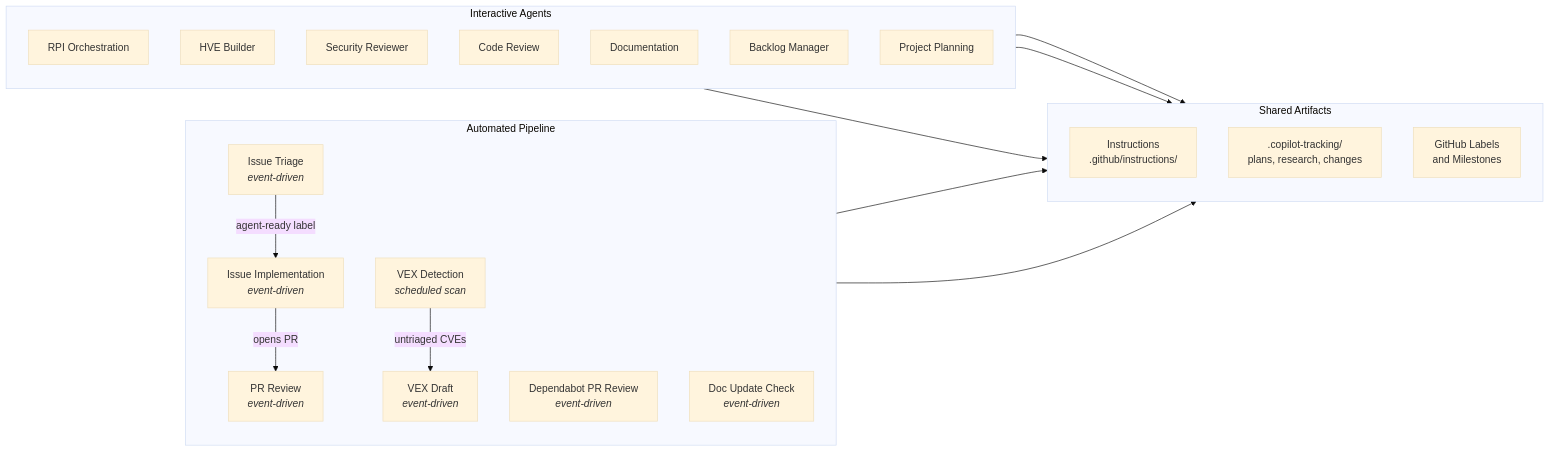
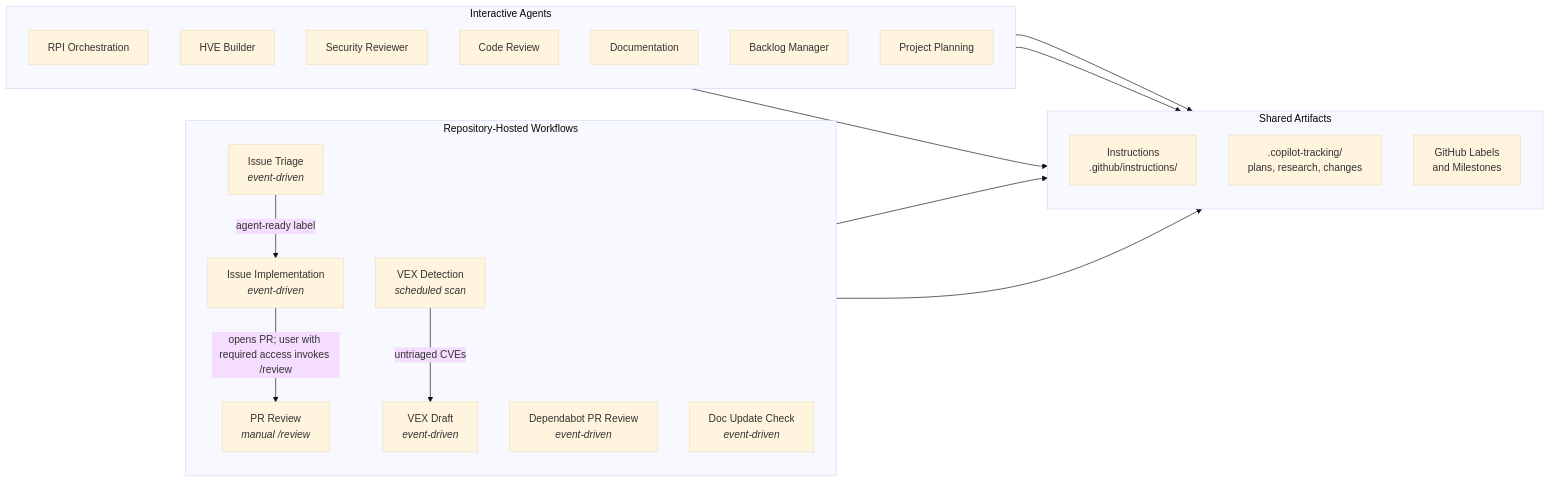
The third of 3 diagrams in docs/architecture/agentic-workflows.md (microsoft/hve-core), drawn with Mermaid (base theme) before and after one commit. The commit also changed other lines of this file, not shown here.

First line of the commit message:
docs(architecture): document manual PR review workflow (#2617)

````diff
--- a/docs/architecture/agentic-workflows.md
+++ b/docs/architecture/agentic-workflows.md
@@ -226,40 +241,40 @@
 ```mermaid
 flowchart LR
-    subgraph AUTOMATED["Automated Pipeline"]
+    subgraph HOSTED["Repository-Hosted Workflows"]
         direction TB
         TRIAGE["Issue Triage<br/><i>event-driven</i>"]
         IMPL["Issue Implementation<br/><i>event-driven</i>"]
-        REVIEW["PR Review<br/><i>event-driven</i>"]
+        REVIEW["PR Review<br/><i>manual /review</i>"]
         DEPEND["Dependabot PR Review<br/><i>event-driven</i>"]
         DOCS["Doc Update Check<br/><i>event-driven</i>"]
         VEX_DETECT["VEX Detection<br/><i>scheduled scan</i>"]
         VEX_DRAFT["VEX Draft<br/><i>event-driven</i>"]
         TRIAGE -- "agent-ready label" --> IMPL
-        IMPL -- "opens PR" --> REVIEW
+        IMPL -- "opens PR; user with required access invokes /review" --> REVIEW
         VEX_DETECT -- "untriaged CVEs" --> VEX_DRAFT
     end
 
     subgraph INTERACTIVE["Interactive Agents"]
         direction TB
         RPI["RPI Orchestration"]
         HB["HVE Builder"]
         SR["Security Reviewer"]
         CR["Code Review"]
         DOC["Documentation"]
         BM["Backlog Manager"]
         PP["Project Planning"]
     end
 
     subgraph ARTIFACTS["Shared Artifacts"]
         direction TB
         INST["Instructions<br/>.github/instructions/"]
         TRACK[".copilot-tracking/<br/>plans, research, changes"]
         LABELS["GitHub Labels<br/>and Milestones"]
     end
 
-    AUTOMATED --> INST
+    HOSTED --> INST
     INTERACTIVE --> INST
     RPI --> TRACK
     BM --> LABELS
     TRIAGE --> LABELS
 ```
````
